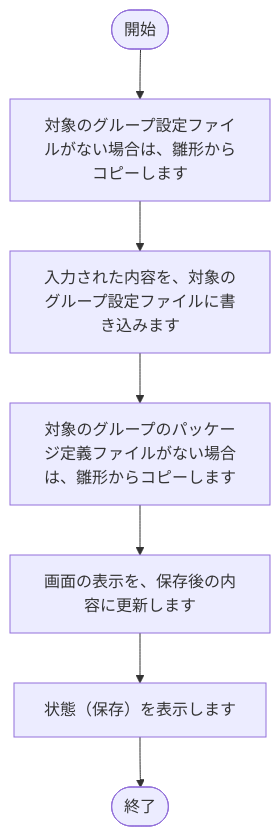
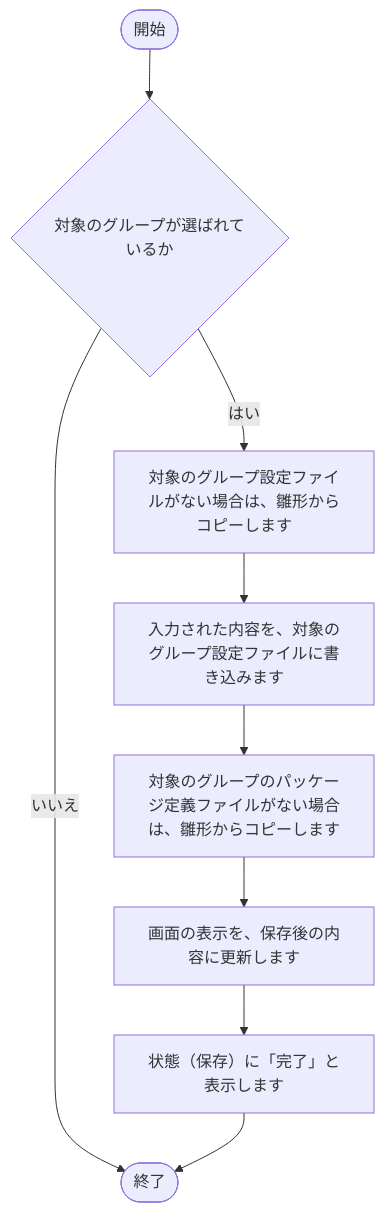
The ninth of 13 diagrams in tool/package-generator/doc/02_設計/処理フロー.md (nishida2073/project_management), drawn with Mermaid before and after one commit. The commit also changed other lines of this file and 4 other files, not shown here.

````diff
--- a/tool/package-generator/doc/02_設計/処理フロー.md
+++ b/tool/package-generator/doc/02_設計/処理フロー.md
@@ -287,16 +304,19 @@
 ```mermaid
 flowchart TD
     S(["開始"])
     E(["終了"])
+    N0{"対象のグループが選ばれているか"}
+    S --> N0
+    N0 -- いいえ --> E
     N1["対象のグループ設定ファイルがない場合は、雛形からコピーします"]
-    S --> N1
+    N0 -- はい --> N1
     N2["入力された内容を、対象のグループ設定ファイルに書き込みます"]
     N1 --> N2
     N3["対象のグループのパッケージ定義ファイルがない場合は、雛形からコピーします"]
     N2 --> N3
     N4["画面の表示を、保存後の内容に更新します"]
     N3 --> N4
-    N5["状態（保存）を表示します"]
+    N5["状態（保存）に「完了」と表示します"]
     N4 --> N5
     N5 --> E
 ```
````
